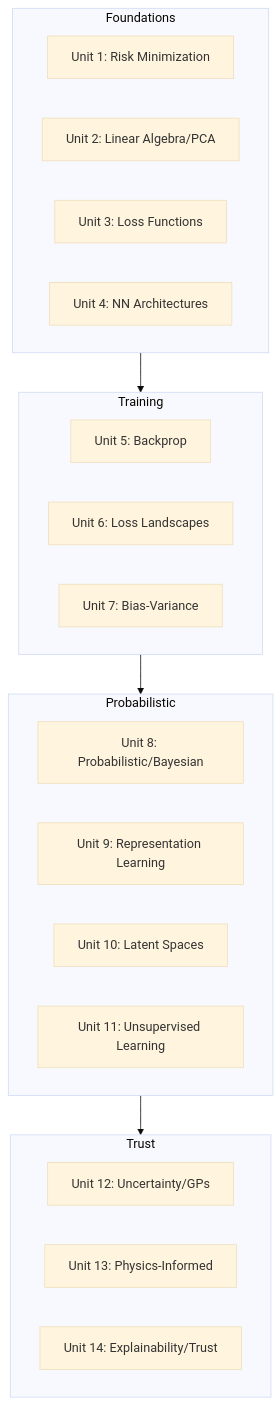
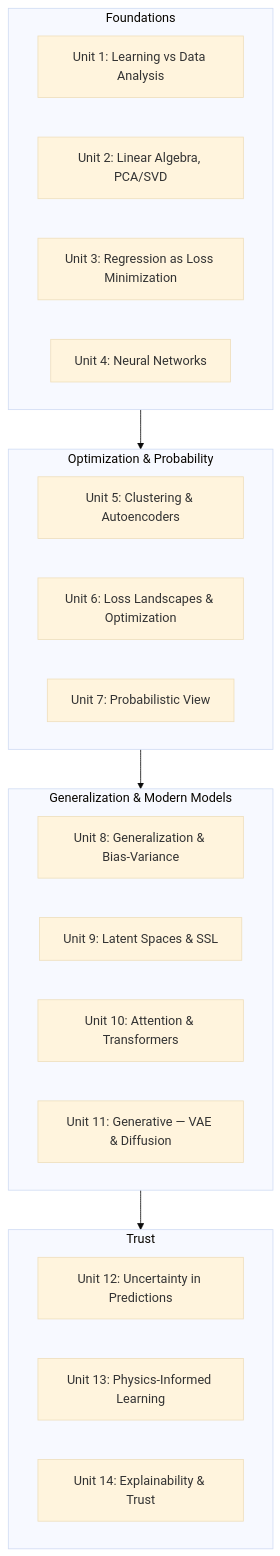
Before and after one commit to ECLIPSE-Lab/public_presentations: the diagram in mathematical_foundations_of_ai_and_ml/14_explainability_limits_trust/01_intro.qmd, drawn with Mermaid (base theme). The commit also changed other lines of this file and 740 other files, not shown here.

````diff
--- a/mathematical_foundations_of_ai_and_ml/14_explainability_limits_trust/01_intro.qmd
+++ b/mathematical_foundations_of_ai_and_ml/14_explainability_limits_trust/01_intro.qmd
@@ -562,30 +562,30 @@
 ```{mermaid}
 %%| echo: false
 %%| fig-align: center
 graph TD
     subgraph Foundations
-    U1["Unit 1: Risk Minimization"]
-    U2["Unit 2: Linear Algebra/PCA"]
-    U3["Unit 3: Loss Functions"]
-    U4["Unit 4: NN Architectures"]
+    U1["Unit 1: Learning vs Data Analysis"]
+    U2["Unit 2: Linear Algebra, PCA/SVD"]
+    U3["Unit 3: Regression as Loss Minimization"]
+    U4["Unit 4: Neural Networks"]
     end
-    subgraph Training
-    U5["Unit 5: Backprop"]
-    U6["Unit 6: Loss Landscapes"]
-    U7["Unit 7: Bias-Variance"]
+    subgraph Optimization_Probability ["Optimization & Probability"]
+    U5["Unit 5: Clustering & Autoencoders"]
+    U6["Unit 6: Loss Landscapes & Optimization"]
+    U7["Unit 7: Probabilistic View"]
     end
-    subgraph Probabilistic
-    U8["Unit 8: Probabilistic/Bayesian"]
-    U9["Unit 9: Representation Learning"]
-    U10["Unit 10: Latent Spaces"]
-    U11["Unit 11: Unsupervised Learning"]
+    subgraph Generalization_Models ["Generalization & Modern Models"]
+    U8["Unit 8: Generalization & Bias-Variance"]
+    U9["Unit 9: Latent Spaces & SSL"]
+    U10["Unit 10: Attention & Transformers"]
+    U11["Unit 11: Generative — VAE & Diffusion"]
     end
     subgraph Trust
-    U12["Unit 12: Uncertainty/GPs"]
-    U13["Unit 13: Physics-Informed"]
-    U14["Unit 14: Explainability/Trust"]
+    U12["Unit 12: Uncertainty in Predictions"]
+    U13["Unit 13: Physics-Informed Learning"]
+    U14["Unit 14: Explainability & Trust"]
     end
-    Foundations --> Training
-    Training --> Probabilistic
-    Probabilistic --> Trust
+    Foundations --> Optimization_Probability
+    Optimization_Probability --> Generalization_Models
+    Generalization_Models --> Trust
 ```
````
